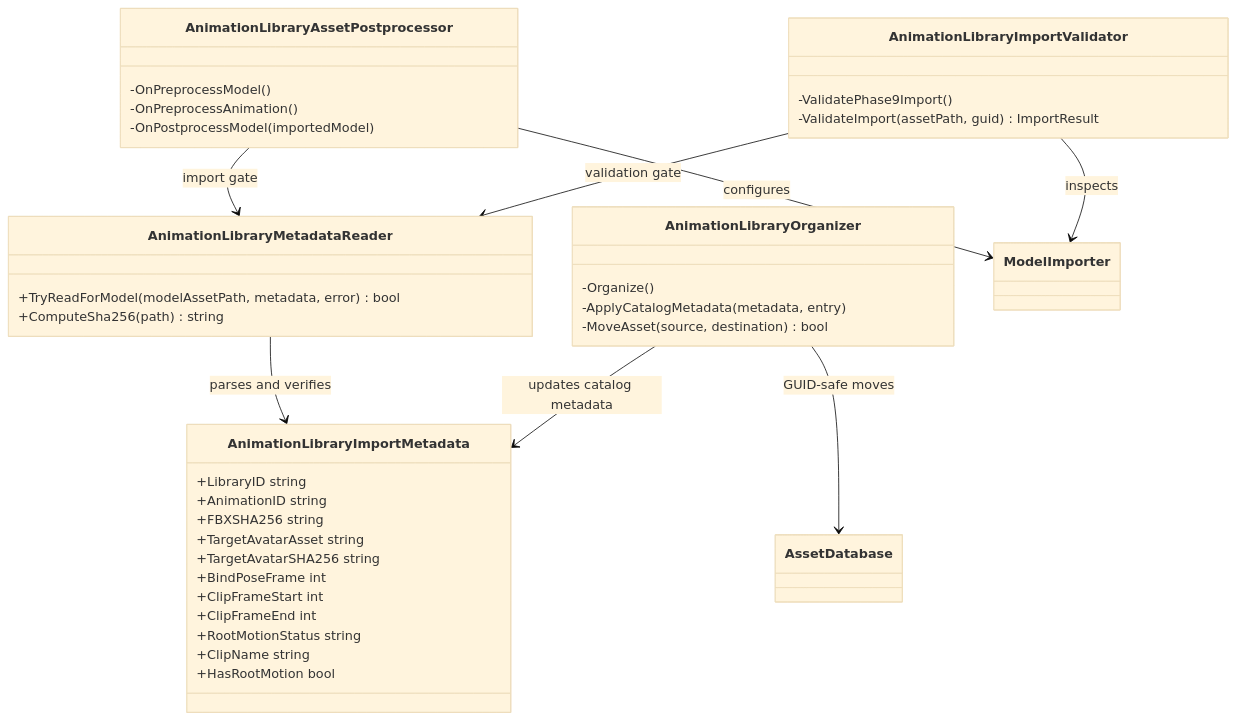
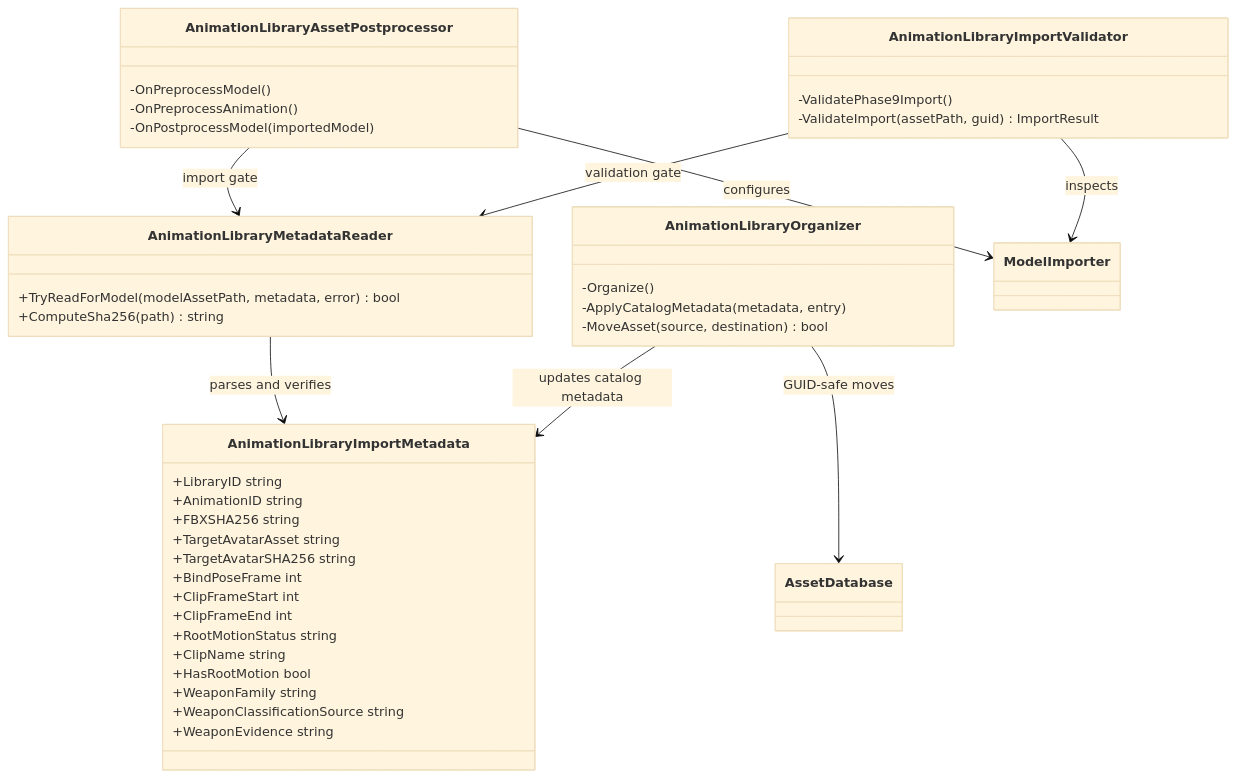
One commit to MaximFonariuc/project-s changed the diagram in Assets/_App/Core/Editor/AnimationLibrary/README.md. Above: the diagram before and after it, drawn with Mermaid (base theme). The commit also changed other lines of this file and 4498 other files, not shown here.

````diff
--- a/Assets/_App/Core/Editor/AnimationLibrary/README.md
+++ b/Assets/_App/Core/Editor/AnimationLibrary/README.md
@@ -5,42 +5,45 @@
 ```mermaid
 classDiagram
     class AnimationLibraryImportMetadata {
         +LibraryID string
         +AnimationID string
         +FBXSHA256 string
         +TargetAvatarAsset string
         +TargetAvatarSHA256 string
         +BindPoseFrame int
         +ClipFrameStart int
         +ClipFrameEnd int
         +RootMotionStatus string
         +ClipName string
         +HasRootMotion bool
+        +WeaponFamily string
+        +WeaponClassificationSource string
+        +WeaponEvidence string
     }
     class AnimationLibraryMetadataReader {
         +TryReadForModel(modelAssetPath, metadata, error) bool
         +ComputeSha256(path) string
     }
     class AnimationLibraryAssetPostprocessor {
         -OnPreprocessModel()
         -OnPreprocessAnimation()
         -OnPostprocessModel(importedModel)
     }
     class AnimationLibraryImportValidator {
         -ValidatePhase9Import()
         -ValidateImport(assetPath, guid) ImportResult
     }
     class AnimationLibraryOrganizer {
         -Organize()
         -ApplyCatalogMetadata(metadata, entry)
         -MoveAsset(source, destination) bool
     }
 
     AnimationLibraryMetadataReader --> AnimationLibraryImportMetadata : parses and verifies
     AnimationLibraryAssetPostprocessor --> AnimationLibraryMetadataReader : import gate
     AnimationLibraryImportValidator --> AnimationLibraryMetadataReader : validation gate
     AnimationLibraryOrganizer --> AnimationLibraryImportMetadata : updates catalog metadata
     AnimationLibraryOrganizer --> AssetDatabase : GUID-safe moves
     AnimationLibraryAssetPostprocessor --> ModelImporter : configures
     AnimationLibraryImportValidator --> ModelImporter : inspects
 ```
````
